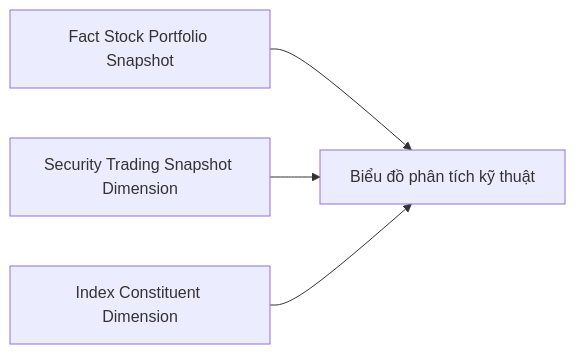
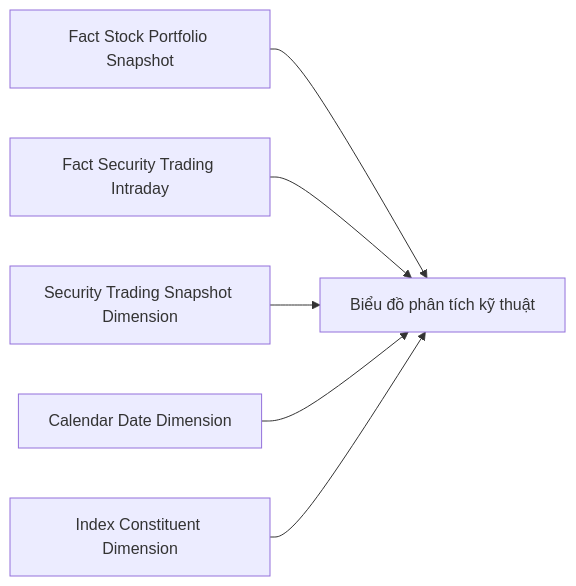
One commit to linhlvit/ubck_atomic_design changed diagram 51 of 58 in Datamart/hld/DTM_GSTT_HLD.md. Above: the diagram before and after it, drawn with Mermaid. The commit also changed other lines of this file and 9 other files, not shown here.

Commit message:
GSTT: bo sung Fact Security Trading Intraday (TRADINGTIME), cap nhat HLD Nhom 44 va flat table (2026-08-26)

````diff
--- a/Datamart/hld/DTM_GSTT_HLD.md
+++ b/Datamart/hld/DTM_GSTT_HLD.md
@@ -2588,6 +2646,8 @@
 ```mermaid
 flowchart LR
     F1["Fact Stock Portfolio Snapshot"] --> RPT44["Biểu đồ phân tích kỹ thuật"]
+    F2["Fact Security Trading Intraday"] --> RPT44
     D1["Security Trading Snapshot Dimension"] --> RPT44
+    D2["Calendar Date Dimension"] --> RPT44
     D4["Index Constituent Dimension"] --> RPT44
 ```
````
